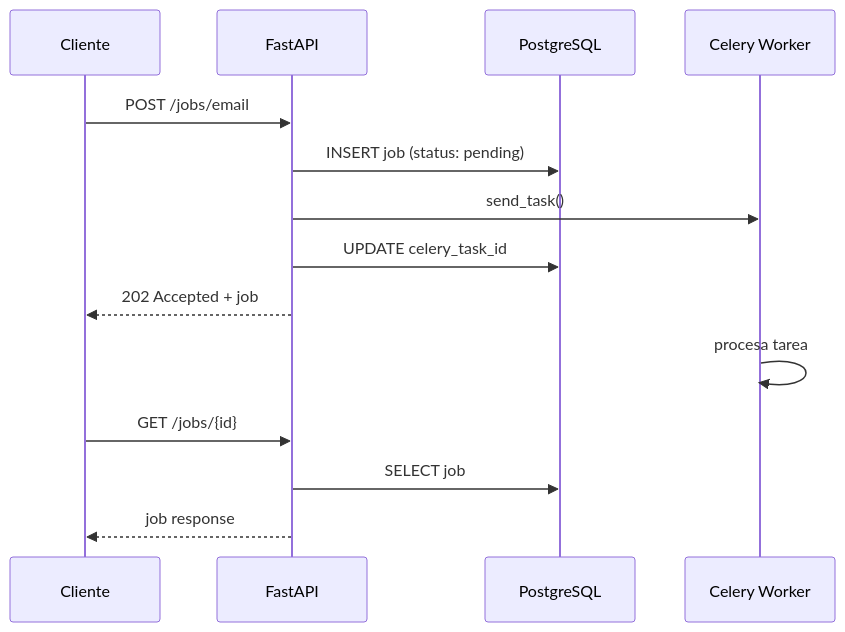
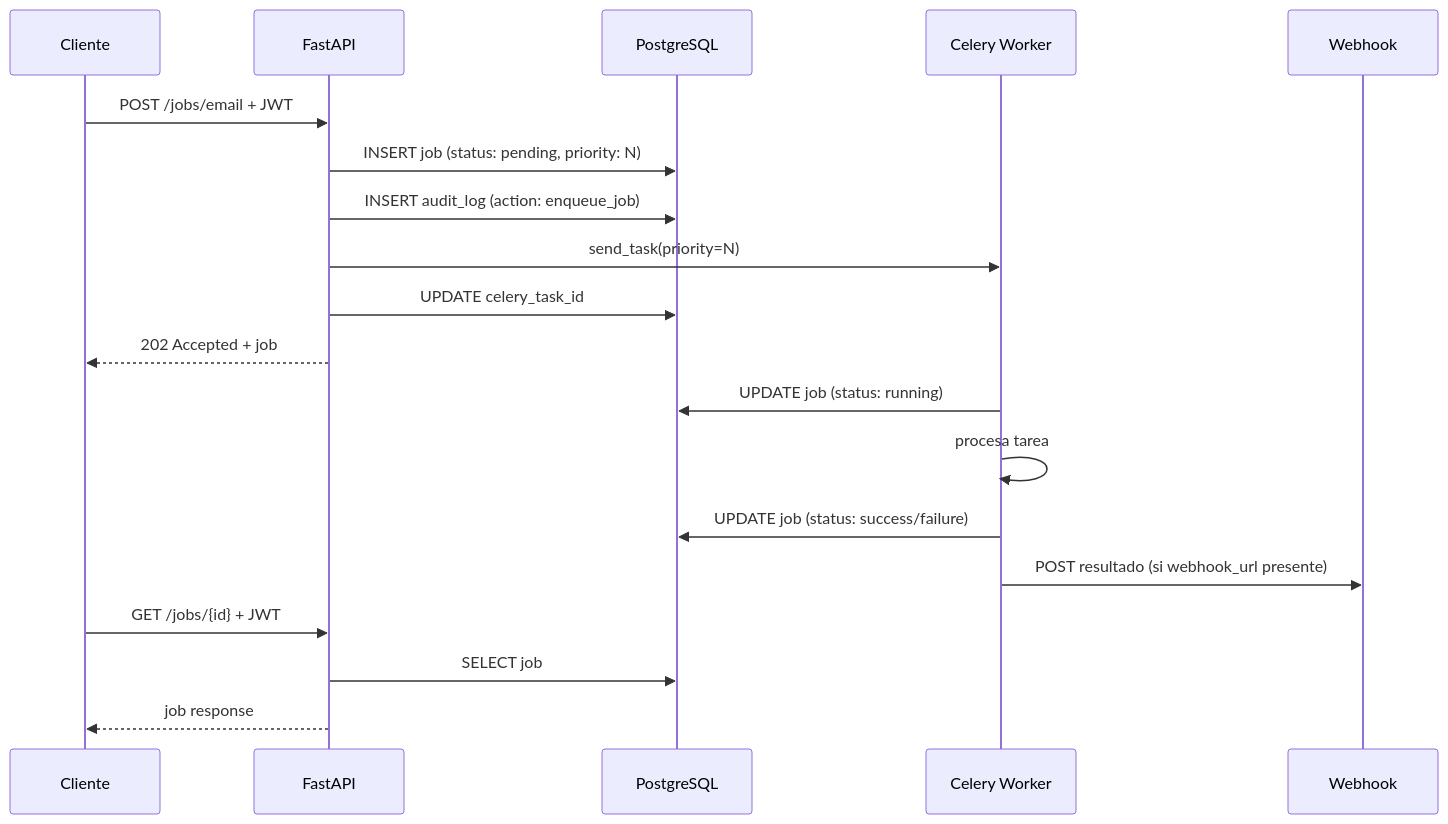
Before and after one commit to ErikLujan/Task-Queue-System: the second of 2 diagrams in README.md, drawn with Mermaid. The commit also changed other lines of this file, not shown here.

````diff
--- a/README.md
+++ b/README.md
@@ -62,19 +79,24 @@
 ```mermaid
 sequenceDiagram
     participant Cliente
     participant FastAPI
     participant PostgreSQL
     participant Worker as Celery Worker
+    participant Webhook
 
-    Cliente->>FastAPI: POST /jobs/email
-    FastAPI->>PostgreSQL: INSERT job (status: pending)
-    FastAPI->>Worker: send_task()
+    Cliente->>FastAPI: POST /jobs/email + JWT
+    FastAPI->>PostgreSQL: INSERT job (status: pending, priority: N)
+    FastAPI->>PostgreSQL: INSERT audit_log (action: enqueue_job)
+    FastAPI->>Worker: send_task(priority=N)
     FastAPI->>PostgreSQL: UPDATE celery_task_id
     FastAPI-->>Cliente: 202 Accepted + job
 
+    Worker->>PostgreSQL: UPDATE job (status: running)
     Worker->>Worker: procesa tarea
+    Worker->>PostgreSQL: UPDATE job (status: success/failure)
+    Worker->>Webhook: POST resultado (si webhook_url presente)
 
-    Cliente->>FastAPI: GET /jobs/{id}
+    Cliente->>FastAPI: GET /jobs/{id} + JWT
     FastAPI->>PostgreSQL: SELECT job
     FastAPI-->>Cliente: job response
 ```
````
